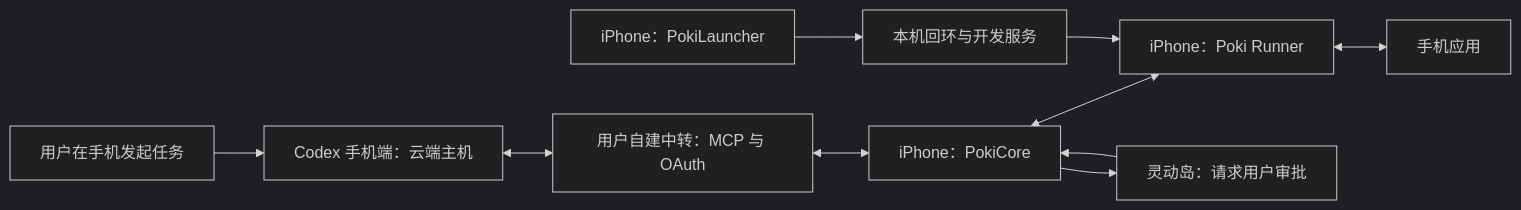
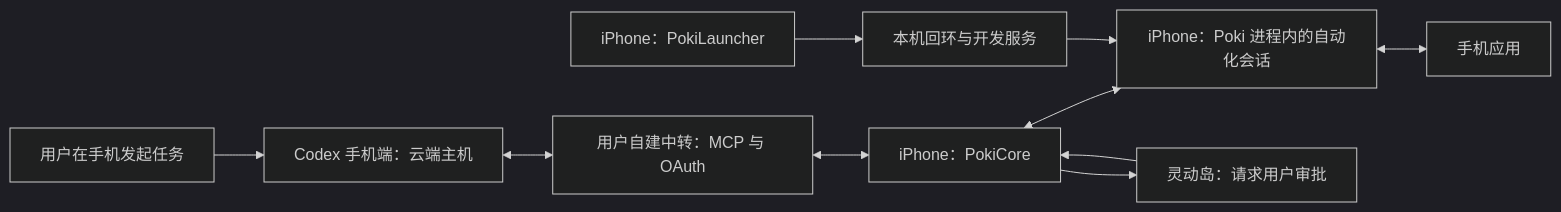
One commit to DarinRowe/poki changed the diagram in skills/poki-standalone/references/operations.md. Above: the diagram before and after it, drawn with Mermaid (dark theme). The commit also changed other lines of this file and 7 other files, not shown here.

First line of the commit message:
Docs: the docs and the deployment skill install only Poki by default; the runner is optional

````diff
--- a/skills/poki-standalone/references/operations.md
+++ b/skills/poki-standalone/references/operations.md
@@ -9,12 +9,12 @@
 ```mermaid
 flowchart LR
     User[用户在手机发起任务] --> Client[Codex 手机端：云端主机]
     Client <--> Relay[用户自建中转：MCP 与 OAuth]
     Relay <--> Core[iPhone：PokiCore]
-    Core <--> Runner[iPhone：Poki Runner]
-    Runner <--> Apps[手机应用]
+    Core <--> Session[iPhone：Poki 进程内的自动化会话]
+    Session <--> Apps[手机应用]
     Core --> Approval[灵动岛：请求用户审批]
     Approval --> Core
     Launcher[iPhone：PokiLauncher] --> Local[本机回环与开发服务]
-    Local --> Runner
+    Local --> Session
 ```
````
